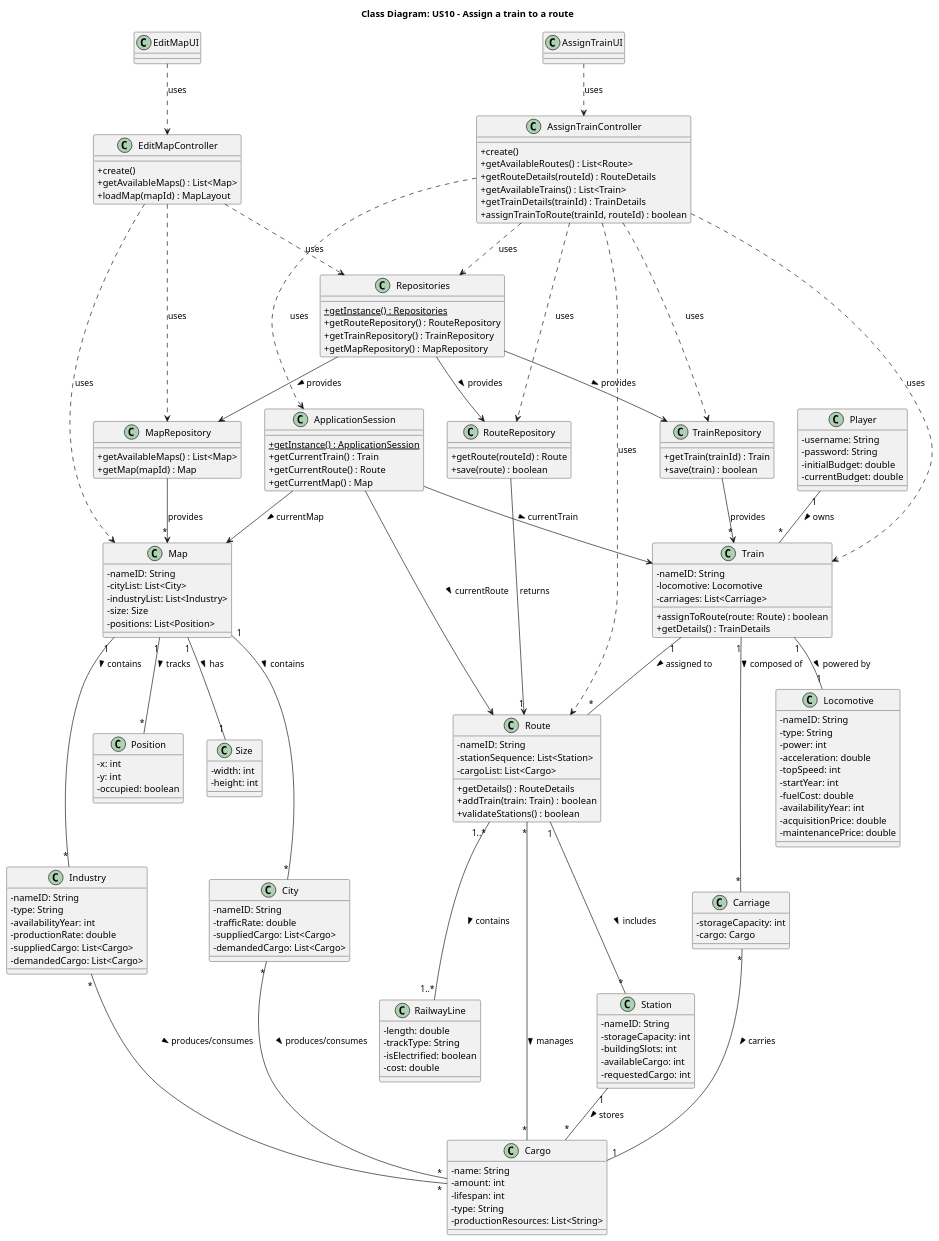
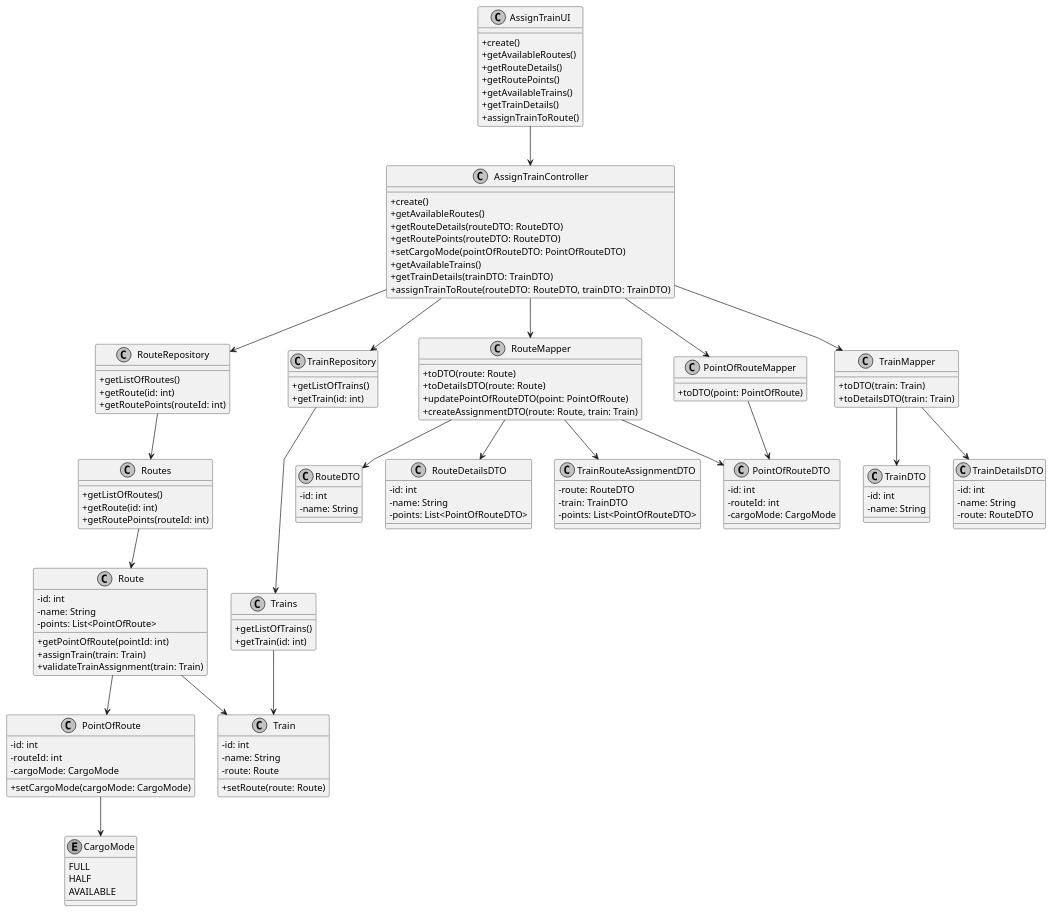
One commit to HenriqueSilva18/Railway-Network-Simulator changed the diagram in docs/system-documentation/Sprint 3/US10/03.design/puml/US10-CD.puml. Above: the diagram before and after it, drawn with PlantUML. The commit also changed 14 other files, not shown here.

```diff
--- a/docs/system-documentation/Sprint 3/US10/03.design/puml/US10-CD.puml
+++ b/docs/system-documentation/Sprint 3/US10/03.design/puml/US10-CD.puml
@@ -1,213 +1,165 @@
 @startuml
+skinparam monochrome true
 skinparam packageStyle rectangle
 skinparam shadowing false
+skinparam linetype polyline
+
 skinparam classAttributeIconSize 0
 
-title Class Diagram: US10 - Assign a train to a route
-
 ' UI Layer
-class EditMapUI {
-}
-
-
 class AssignTrainUI {
+    + create()
+    + getAvailableRoutes()
+    + getRouteDetails()
+    + getRoutePoints()
+    + getAvailableTrains()
+    + getTrainDetails()
+    + assignTrainToRoute()
 }
 
 ' Controller Layer
-class EditMapController {
-    + create()
-    + getAvailableMaps() : List<Map>
-    + loadMap(mapId) : MapLayout
-}
-
-
 class AssignTrainController {
     + create()
-    + getAvailableRoutes() : List<Route>
-    + getRouteDetails(routeId) : RouteDetails
-    + getAvailableTrains() : List<Train>
-    + getTrainDetails(trainId) : TrainDetails
-    + assignTrainToRoute(trainId, routeId) : boolean
+    + getAvailableRoutes()
+    + getRouteDetails(routeDTO: RouteDTO)
+    + getRoutePoints(routeDTO: RouteDTO)
+    + setCargoMode(pointOfRouteDTO: PointOfRouteDTO)
+    + getAvailableTrains()
+    + getTrainDetails(trainDTO: TrainDTO)
+    + assignTrainToRoute(routeDTO: RouteDTO, trainDTO: TrainDTO)
 }
 
 ' Repository Layer
 class RouteRepository {
-    + getRoute(routeId) : Route
-    + save(route) : boolean
+    + getListOfRoutes()
+    + getRoute(id: int)
+    + getRoutePoints(routeId: int)
 }
 
 class TrainRepository {
-    + getTrain(trainId) : Train
-    + save(train) : boolean
-}
-
-class MapRepository {
-    + getAvailableMaps() : List<Map>
-    + getMap(mapId) : Map
-}
-
-class Repositories {
-    + {static} getInstance() : Repositories
-    + getRouteRepository() : RouteRepository
-    + getTrainRepository() : TrainRepository
-    + getMapRepository() : MapRepository
-}
-
-class ApplicationSession {
-    + {static} getInstance() : ApplicationSession
-    + getCurrentTrain() : Train
-    + getCurrentRoute() : Route
-    + getCurrentMap() : Map
+    + getListOfTrains()
+    + getTrain(id: int)
 }
 
 ' Domain Layer
-class Player {
-    - username: String
-    - password: String
-    - initialBudget: double
-    - currentBudget: double
+class Routes {
+    + getListOfRoutes()
+    + getRoute(id: int)
+    + getRoutePoints(routeId: int)
+}
+
+class Trains {
+    + getListOfTrains()
+    + getTrain(id: int)
+}
+
+class Route {
+    - id: int
+    - name: String
+    - points: List<PointOfRoute>
+    + getPointOfRoute(pointId: int)
+    + assignTrain(train: Train)
+    + validateTrainAssignment(train: Train)
 }
 
 class Train {
-    - nameID: String
-    - locomotive: Locomotive
-    - carriages: List<Carriage>
-    
-    + assignToRoute(route: Route) : boolean
-    + getDetails() : TrainDetails
+    - id: int
+    - name: String
+    - route: Route
+    + setRoute(route: Route)
 }
 
-class Locomotive {
-    - nameID: String
-    - type: String
-    - power: int
-    - acceleration: double
-    - topSpeed: int
-    - startYear: int
-    - fuelCost: double
-    - availabilityYear: int
-    - acquisitionPrice: double
-    - maintenancePrice: double
+class PointOfRoute {
+    - id: int
+    - routeId: int
+    - cargoMode: CargoMode
+    + setCargoMode(cargoMode: CargoMode)
 }
 
-class Carriage {
-    - storageCapacity: int
-    - cargo: Cargo
+enum CargoMode {
+    FULL
+    HALF
+    AVAILABLE
 }
 
-class Route {
-    - nameID: String
-    - stationSequence: List<Station>
-    - cargoList: List<Cargo>
-    
-    + getDetails() : RouteDetails
-    + addTrain(train: Train) : boolean
-    + validateStations() : boolean
+' DTO Layer
+class RouteDTO {
+    - id: int
+    - name: String
 }
 
-class Station {
-    - nameID: String
-    - storageCapacity: int
-    - buildingSlots: int
-    - availableCargo: int
-    - requestedCargo: int
+class RouteDetailsDTO {
+    - id: int
+    - name: String
+    - points: List<PointOfRouteDTO>
 }
 
-class Cargo {
-    - name: String
-    - amount: int
-    - lifespan: int
-    - type: String
-    - productionResources: List<String>
+class PointOfRouteDTO {
+    - id: int
+    - routeId: int
+    - cargoMode: CargoMode
 }
 
-class RailwayLine {
-    - length: double
-    - trackType: String
-    - isElectrified: boolean
-    - cost: double
+class TrainDTO {
+    - id: int
+    - name: String
 }
 
-class Map {
-    - nameID: String
-    - cityList: List<City>
-    - industryList: List<Industry>
-    - size: Size
-    - positions: List<Position>
+class TrainDetailsDTO {
+    - id: int
+    - name: String
+    - route: RouteDTO
 }
 
-class Size {
-    - width: int
-    - height: int
+class TrainRouteAssignmentDTO {
+    - route: RouteDTO
+    - train: TrainDTO
+    - points: List<PointOfRouteDTO>
 }
 
-class Position {
-    - x: int
-    - y: int
-    - occupied: boolean
+' Mapper Layer
+class RouteMapper {
+    + toDTO(route: Route)
+    + toDetailsDTO(route: Route)
+    + updatePointOfRouteDTO(point: PointOfRoute)
+    + createAssignmentDTO(route: Route, train: Train)
 }
 
-class City {
-    - nameID: String
-    - trafficRate: double
-    - suppliedCargo: List<Cargo>
-    - demandedCargo: List<Cargo>
+class TrainMapper {
+    + toDTO(train: Train)
+    + toDetailsDTO(train: Train)
 }
 
-class Industry {
-    - nameID: String
-    - type: String
-    - availabilityYear: int
-    - productionRate: double
-    - suppliedCargo: List<Cargo>
-    - demandedCargo: List<Cargo>
+class PointOfRouteMapper {
+    + toDTO(point: PointOfRoute)
 }
 
-' UI Layer Relationships
-EditMapUI ..> EditMapController : uses
-AssignTrainUI ..> AssignTrainController : uses
+' Relationships
+AssignTrainUI --> AssignTrainController
+AssignTrainController --> RouteRepository
+AssignTrainController --> TrainRepository
+AssignTrainController --> RouteMapper
+AssignTrainController --> TrainMapper
+AssignTrainController --> PointOfRouteMapper
 
-' Controller Layer Relationships
-EditMapController ..> MapRepository : uses
-EditMapController ..> Repositories : uses
-EditMapController ..> Map : uses
+RouteRepository --> Routes
+TrainRepository --> Trains
 
+Routes --> Route
+Trains --> Train
+Route --> PointOfRoute
+Route --> Train
 
-AssignTrainController ..> RouteRepository : uses
-AssignTrainController ..> TrainRepository : uses
-AssignTrainController ..> Repositories : uses
-AssignTrainController ..> ApplicationSession : uses
-AssignTrainController ..> Train : uses
-AssignTrainController ..> Route : uses
+RouteMapper --> RouteDTO
+RouteMapper --> RouteDetailsDTO
+RouteMapper --> PointOfRouteDTO
+RouteMapper --> TrainRouteAssignmentDTO
 
-' Repository Layer Relationships
-RouteRepository --> "1" Route : returns
-TrainRepository --> "*" Train : provides
-MapRepository --> "*" Map : provides
+TrainMapper --> TrainDTO
+TrainMapper --> TrainDetailsDTO
 
-Repositories --> RouteRepository : provides >
-Repositories --> TrainRepository : provides >
-Repositories --> MapRepository : provides >
+PointOfRouteMapper --> PointOfRouteDTO
 
-' Domain Layer Relationships
-Player "1" -- "*" Train : owns >
-Train "1" -- "1" Locomotive : powered by >
-Train "1" -- "*" Carriage : composed of >
-Carriage "*" -- "1" Cargo : carries >
-Train "1" -- "*" Route : assigned to >
-Route "1" -- "*" Station : includes >
-Route "*" -- "*" Cargo : manages >
-Route "1..*" -- "1..*" RailwayLine : contains >
-Station "1" -- "*" Cargo : stores >
-Map "1" -- "*" City : contains >
-Map "1" -- "*" Industry : contains >
-Map "1" -- "1" Size : has >
-Map "1" -- "*" Position : tracks >
-City "*" -- "*" Cargo : produces/consumes >
-Industry "*" -- "*" Cargo : produces/consumes >
-
-ApplicationSession --> Train : currentTrain >
-ApplicationSession --> Route : currentRoute >
-ApplicationSession --> Map : currentMap >
+PointOfRoute --> CargoMode
 
 @enduml
```
